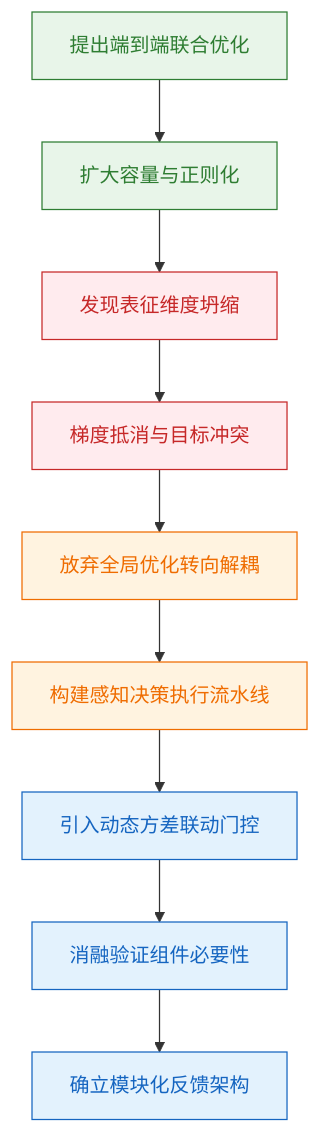
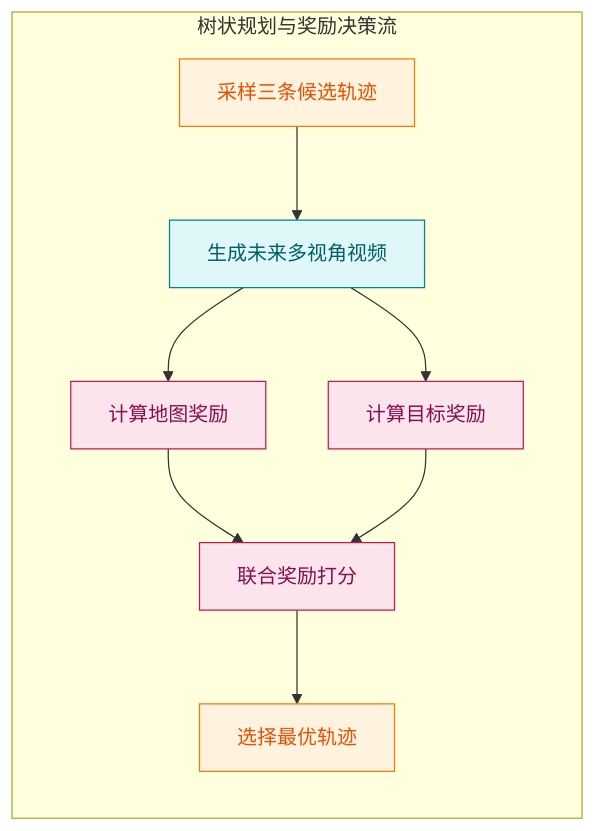
One commit to ShinewineW/paper-rolling changed the sixth of 11 diagrams in person_vault/2026-06-08_DrivingIntoTheFuture_2311.17918/report.md. Above: the diagram before and after it, drawn with Mermaid. The commit also changed other lines of this file and 51 other files, not shown here.

````diff
--- a/person_vault/2026-06-08_DrivingIntoTheFuture_2311.17918/report.md
+++ b/person_vault/2026-06-08_DrivingIntoTheFuture_2311.17918/report.md
@@ -352,16 +320,22 @@
 ```mermaid
-graph TB
-    classDef start fill:#e8f5e9,color:#2e7d32,stroke:#2e7d32;
-    classDef fail fill:#ffebee,color:#c62828,stroke:#c62828;
-    classDef pivot fill:#fff3e0,color:#ef6c00,stroke:#ef6c00;
-    classDef success fill:#e3f2fd,color:#1565c0,stroke:#1565c0;
-
-    init_hypothesis["提出端到端联合优化"]:::start --> early_exp["扩大容量与正则化"]:::start
-    early_exp --> collapse_detect["发现表征维度坍缩"]:::fail
-    collapse_detect --> root_cause["梯度抵消与目标冲突"]:::fail
-    root_cause --> pivot_decision["放弃全局优化转向解耦"]:::pivot
-    pivot_decision --> modular_design["构建感知决策执行流水线"]:::pivot
-    modular_design --> gate_mechanism["引入动态方差联动门控"]:::success
-    gate_mechanism --> ablation_verify["消融验证组件必要性"]:::success
-    ablation_verify --> final_arch["确立模块化反馈架构"]:::success
+flowchart LR
+  classDef plan fill:#fff3e0,color:#e65100,stroke:#f57c00
+  classDef sim fill:#e0f7fa,color:#006064,stroke:#00838f
+  classDef score fill:#fce4ec,color:#880e4f,stroke:#c2185b
+  
+  subgraph tree_planning ["树状规划与奖励决策流"]
+    vad_sample["采样三条候选轨迹"]:::plan
+    wm_predict["生成未来多视角视频"]:::sim
+    map_reward["计算地图奖励"]:::score
+    obj_reward["计算目标奖励"]:::score
+    joint_score["联合奖励打分"]:::score
+    select_best["选择最优轨迹"]:::plan
+  end
+  
+  vad_sample --> wm_predict
+  wm_predict --> map_reward
+  wm_predict --> obj_reward
+  map_reward --> joint_score
+  obj_reward --> joint_score
+  joint_score --> select_best
 ```
````
